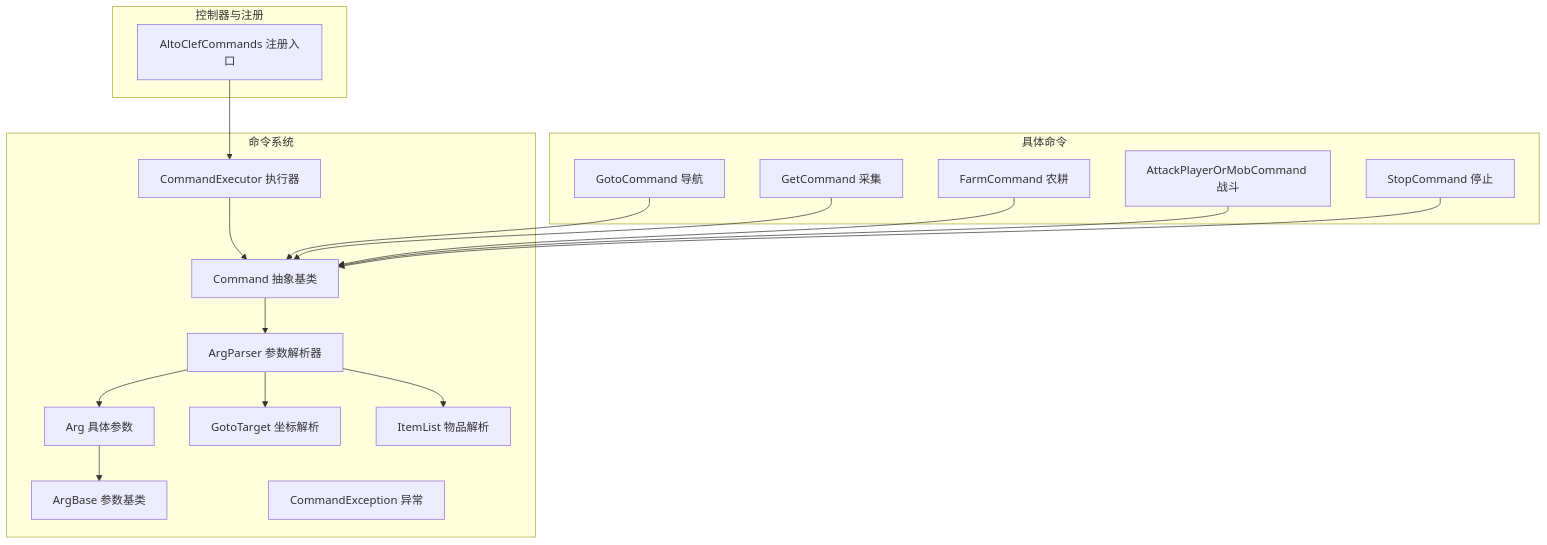
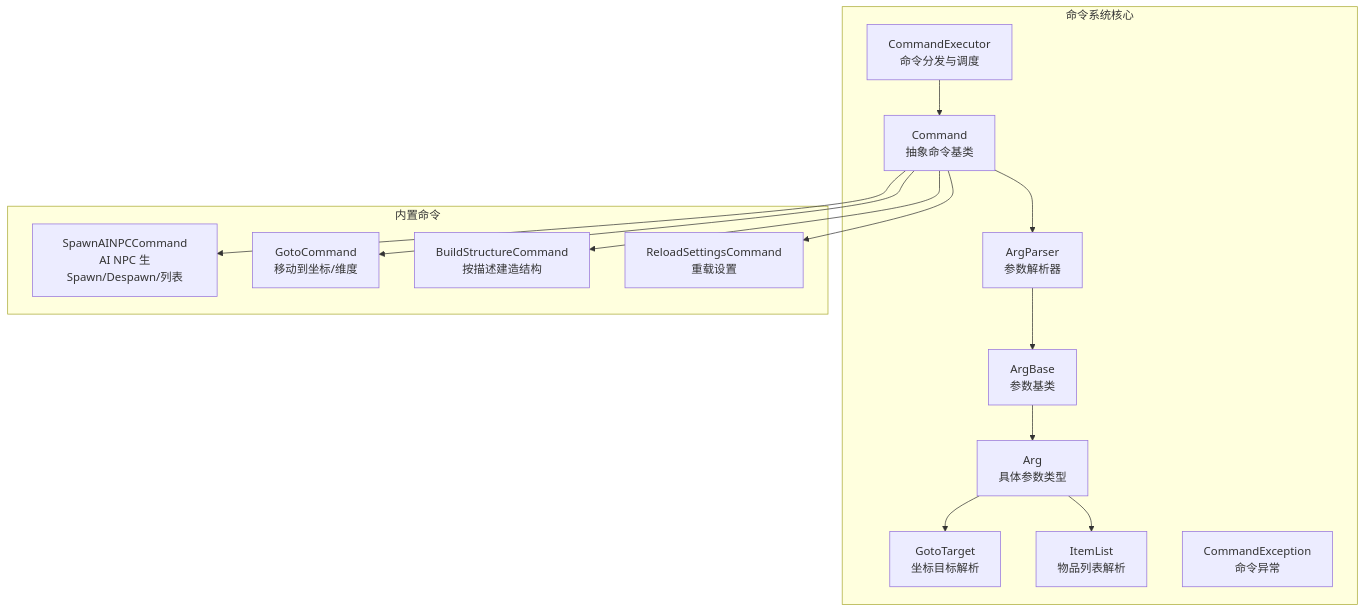
Before and after one commit to wjartpix/minecraft_ai_play2npc: the first of 6 diagrams in .qoder/repowiki/zh/content/命令系统/命令系统.md, drawn with Mermaid. The commit also changed other lines of this file and 188 other files, not shown here.

````diff
--- a/.qoder/repowiki/zh/content/命令系统/命令系统.md
+++ b/.qoder/repowiki/zh/content/命令系统/命令系统.md
@@ -39,35 +39,29 @@
 ```mermaid
 graph TB
-subgraph "命令系统"
-CMD["Command 抽象基类"]
-ARGB["ArgBase 参数基类"]
-ARG["Arg<T> 具体参数"]
-AP["ArgParser 参数解析器"]
-CE["CommandExecutor 执行器"]
-GT["GotoTarget 坐标解析"]
-IL["ItemList 物品解析"]
-EX["CommandException 异常"]
+subgraph "命令系统核心"
+CE["CommandExecutor<br/>命令分发与调度"]
+CMD["Command<br/>抽象命令基类"]
+AP["ArgParser<br/>参数解析器"]
+AB["ArgBase<br/>参数基类"]
+AR["Arg<T><br/>具体参数类型"]
+GT["GotoTarget<br/>坐标目标解析"]
+IL["ItemList<br/>物品列表解析"]
+EX["CommandException<br/>命令异常"]
 end
-subgraph "具体命令"
-GOTO["GotoCommand 导航"]
-GET["GetCommand 采集"]
-FARM["FarmCommand 农耕"]
-ATK["AttackPlayerOrMobCommand 战斗"]
-STOP["StopCommand 停止"]
+subgraph "内置命令"
+SPAWN["SpawnAINPCCommand<br/>AI NPC 生Spawn/Despawn/列表"]
+GOTO["GotoCommand<br/>移动到坐标/维度"]
+BUILD["BuildStructureCommand<br/>按描述建造结构"]
+RELOAD["ReloadSettingsCommand<br/>重载设置"]
 end
-subgraph "控制器与注册"
-REG["AltoClefCommands 注册入口"]
-end
+CE --> CMD
 CMD --> AP
-ARG --> ARGB
-AP --> ARG
-AP --> GT
-AP --> IL
-CE --> CMD
-GOTO --> CMD
-GET --> CMD
-FARM --> CMD
-ATK --> CMD
-STOP --> CMD
-REG --> CE
+AP --> AB
+AB --> AR
+AR --> GT
+AR --> IL
+CMD --> SPAWN
+CMD --> GOTO
+CMD --> BUILD
+CMD --> RELOAD
 ```
````
